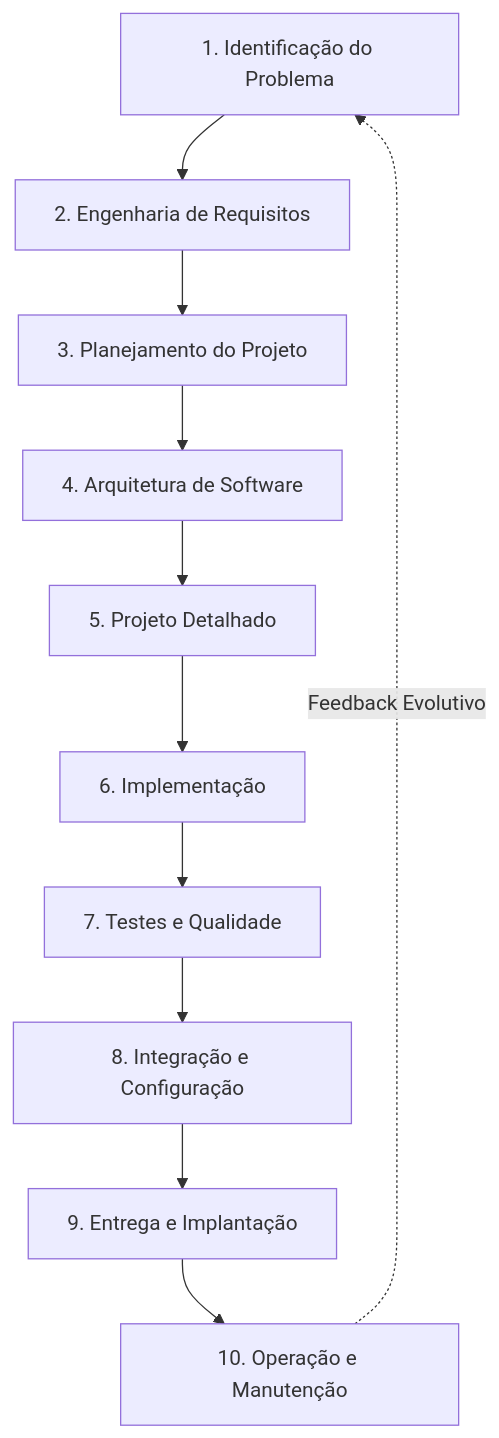
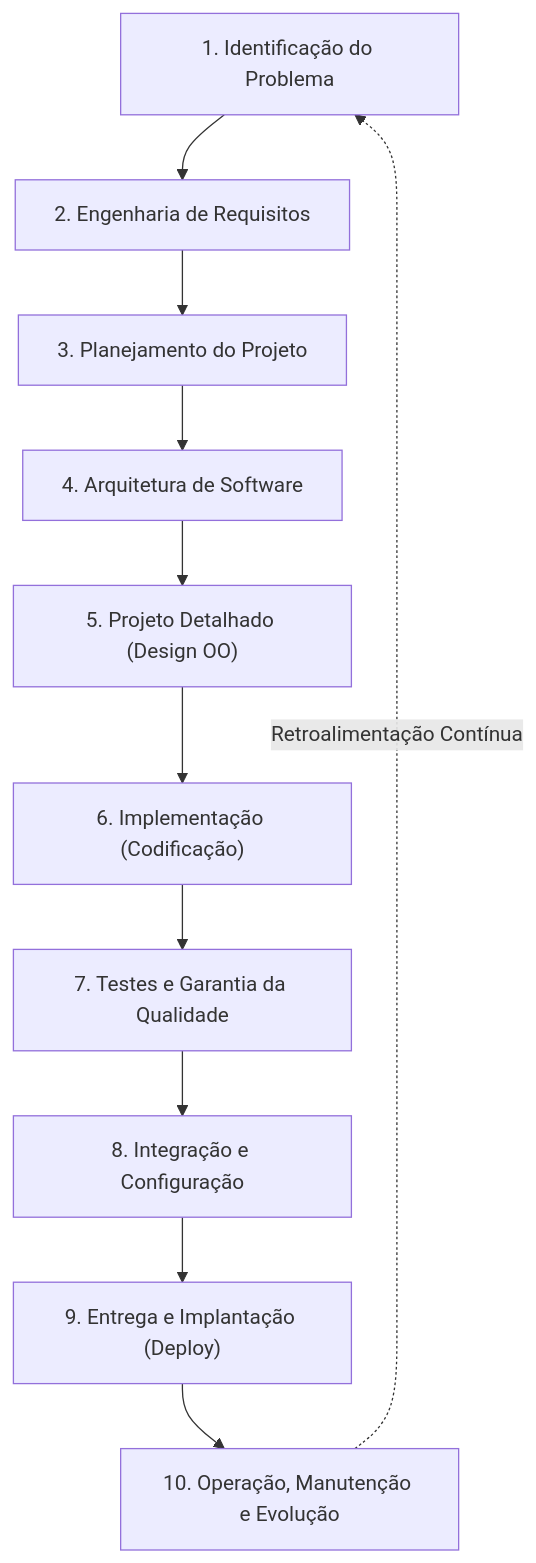
Before and after one commit to murilolol/unifef: the third of 24 diagrams in 4º Semestre/[Prof. Wesley Soares] Engenharia de Software II/Resumos-IA/Simulados-Comentados.md, drawn with Mermaid. The commit also changed other lines of this file and 10 other files, not shown here.

````diff
--- a/4º Semestre/[Prof. Wesley Soares] Engenharia de Software II/Resumos-IA/Simulados-Comentados.md
+++ b/4º Semestre/[Prof. Wesley Soares] Engenharia de Software II/Resumos-IA/Simulados-Comentados.md
@@ -152,13 +189,13 @@
 ```mermaid
 flowchart TD
- F1["1. Identificação do Problema"] --> F2["2. Engenharia de Requisitos"]
- F2 --> F3["3. Planejamento do Projeto"]
- F3 --> F4["4. Arquitetura de Software"]
- F4 --> F5["5. Projeto Detalhado"]
- F5 --> F6["6. Implementação"]
- F6 --> F7["7. Testes e Qualidade"]
- F7 --> F8["8. Integração e Configuração"]
- F8 --> F9["9. Entrega e Implantação"]
- F9 --> F10["10. Operação e Manutenção"]
- F10 -.->|"Feedback Evolutivo"| F1
+    F1["1. Identificação do Problema"] --> F2["2. Engenharia de Requisitos"]
+    F2 --> F3["3. Planejamento do Projeto"]
+    F3 --> F4["4. Arquitetura de Software"]
+    F4 --> F5["5. Projeto Detalhado (Design OO)"]
+    F5 --> F6["6. Implementação (Codificação)"]
+    F6 --> F7["7. Testes e Garantia da Qualidade"]
+    F7 --> F8["8. Integração e Configuração"]
+    F8 --> F9["9. Entrega e Implantação (Deploy)"]
+    F9 --> F10["10. Operação, Manutenção e Evolução"]
+    F10 -.->|"Retroalimentação Contínua"| F1
 ```
````
